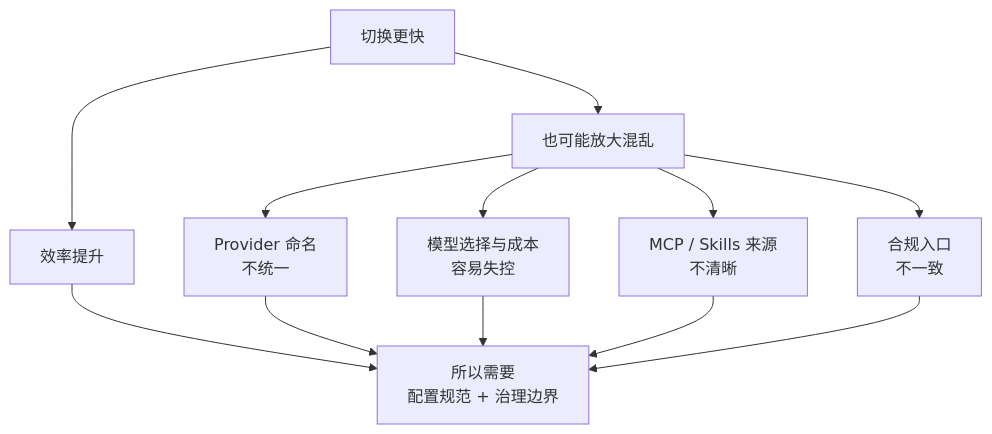
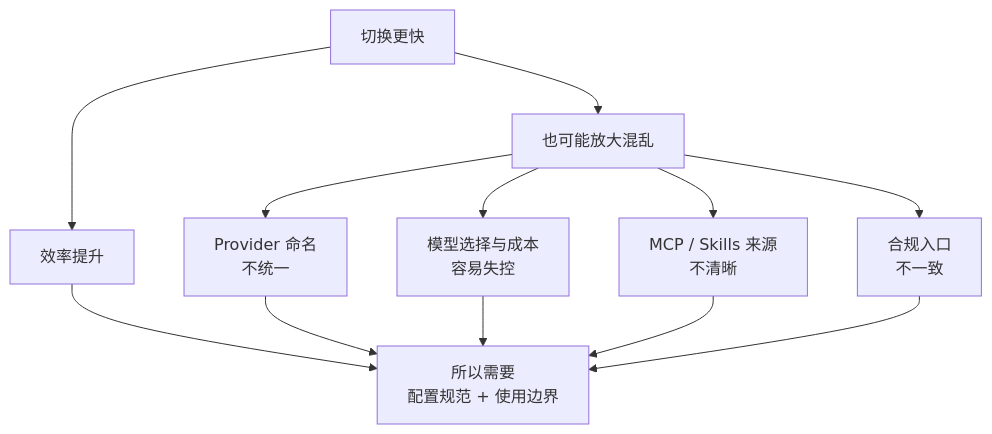
One commit to boycecong-hue/OCTOPUS-GAME-AI-SHARE changed the fourth of 4 diagrams in sections/03-ccswitch.md. Above: the diagram before and after it, drawn with Mermaid. The commit also changed other lines of this file and 19 other files, not shown here.

````diff
--- a/sections/03-ccswitch.md
+++ b/sections/03-ccswitch.md
@@ -190,14 +189,14 @@
 ```mermaid
 flowchart TB
     Fast["切换更快"] --> Good["效率提升"]
     Fast --> Risk["也可能放大混乱"]
     Risk --> R1["Provider 命名<br/>不统一"]
     Risk --> R2["模型选择与成本<br/>容易失控"]
     Risk --> R3["MCP / Skills 来源<br/>不清晰"]
     Risk --> R4["合规入口<br/>不一致"]
-    Good --> Rule["所以需要<br/>配置规范 + 治理边界"]
+    Good --> Rule["所以需要<br/>配置规范 + 使用边界"]
     R1 --> Rule
     R2 --> Rule
     R3 --> Rule
     R4 --> Rule
 ```
````
